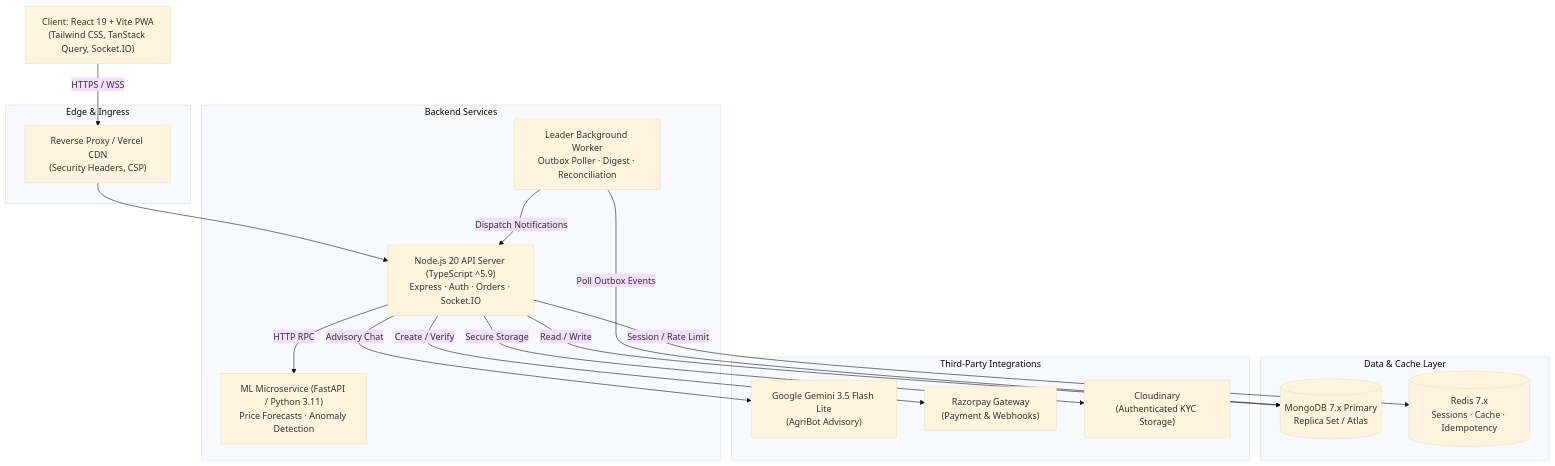
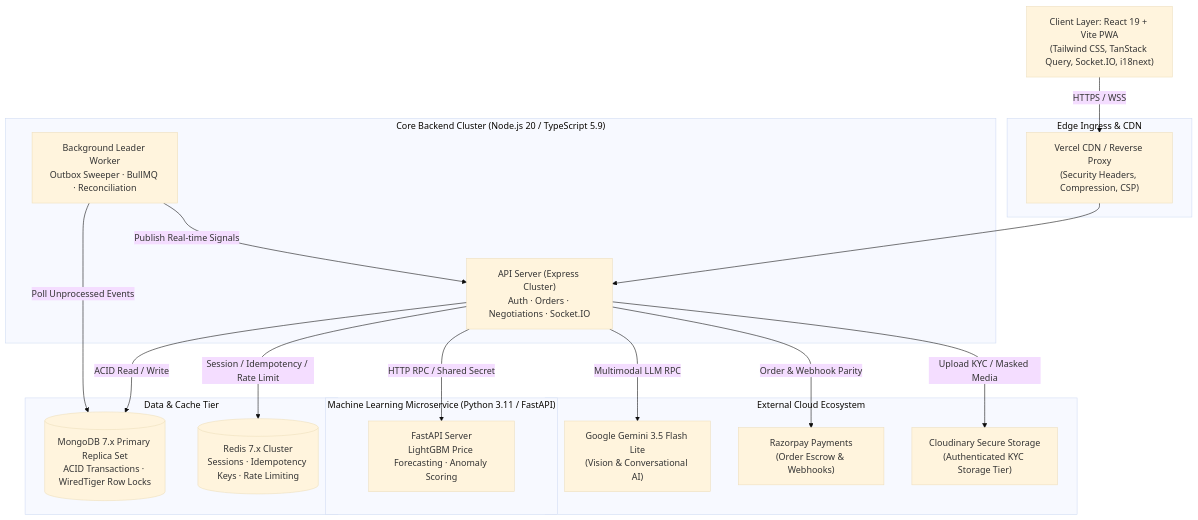
The first of 2 diagrams in README.md (Susil-commits/FarmDirect), drawn with Mermaid (base theme) before and after one commit. The commit also changed other lines of this file, not shown here.

````diff
--- a/README.md
+++ b/README.md
@@ -37,36 +127,39 @@
 ```mermaid
 flowchart TD
-    Client["Client: React 19 + Vite PWA\n(Tailwind CSS, TanStack Query, Socket.IO)"]
+    Client["Client Layer: React 19 + Vite PWA\n(Tailwind CSS, TanStack Query, Socket.IO, i18next)"]
     
-    subgraph Edge ["Edge & Ingress"]
-        Nginx["Reverse Proxy / Vercel CDN\n(Security Headers, CSP)"]
+    subgraph Edge ["Edge Ingress & CDN"]
+        Nginx["Vercel CDN / Reverse Proxy\n(Security Headers, Compression, CSP)"]
     end
 
-    subgraph AppCluster ["Backend Services"]
-        API["Node.js 20 API Server (TypeScript ^5.9)\nExpress · Auth · Orders · Socket.IO"]
-        LeaderWorker["Leader Background Worker\nOutbox Poller · Digest · Reconciliation"]
-        MLService["ML Microservice (FastAPI / Python 3.11)\nPrice Forecasts · Anomaly Detection"]
+    subgraph BackendCluster ["Core Backend Cluster (Node.js 20 / TypeScript 5.9)"]
+        API["API Server (Express Cluster)\nAuth · Orders · Negotiations · Socket.IO"]
+        OutboxSweeper["Background Leader Worker\nOutbox Sweeper · BullMQ · Reconciliation"]
     end
 
-    subgraph DataStore ["Data & Cache Layer"]
-        Mongo[("MongoDB 7.x Primary\nReplica Set / Atlas")]
-        RedisCache[("Redis 7.x\nSessions · Cache · Idempotency")]
+    subgraph MLCluster ["Machine Learning Microservice (Python 3.11 / FastAPI)"]
+        MLService["FastAPI Server\nLightGBM Price Forecasting · Anomaly Scoring"]
     end
 
-    subgraph External ["Third-Party Integrations"]
-        Gemini["Google Gemini 3.5 Flash Lite\n(AgriBot Advisory)"]
-        Razorpay["Razorpay Gateway\n(Payment & Webhooks)"]
-        Cloudinary["Cloudinary\n(Authenticated KYC Storage)"]
+    subgraph DataStorage ["Data & Cache Tier"]
+        MongoDB[("MongoDB 7.x Primary Replica Set\nACID Transactions · WiredTiger Row Locks")]
+        RedisStore[("Redis 7.x Cluster\nSessions · Idempotency Keys · Rate Limiting")]
+    end
+
+    subgraph ThirdParty ["External Cloud Ecosystem"]
+        GeminiAI["Google Gemini 3.5 Flash Lite\n(Vision & Conversational AI)"]
+        RazorpayGateway["Razorpay Payments\n(Order Escrow & Webhooks)"]
+        CloudinaryVault["Cloudinary Secure Storage\n(Authenticated KYC Storage Tier)"]
     end
 
     Client -->|HTTPS / WSS| Nginx
     Nginx --> API
-    API -->|Read / Write| Mongo
-    API -->|Session / Rate Limit| RedisCache
-    API -->|HTTP RPC| MLService
-    API -->|Advisory Chat| Gemini
-    API -->|Create / Verify| Razorpay
-    API -->|Secure Storage| Cloudinary
-    LeaderWorker -->|Poll Outbox Events| Mongo
-    LeaderWorker -->|Dispatch Notifications| API
+    API -->|ACID Read / Write| MongoDB
+    API -->|Session / Idempotency / Rate Limit| RedisStore
+    API -->|HTTP RPC / Shared Secret| MLService
+    API -->|Multimodal LLM RPC| GeminiAI
+    API -->|Order & Webhook Parity| RazorpayGateway
+    API -->|Upload KYC / Masked Media| CloudinaryVault
+    OutboxSweeper -->|Poll Unprocessed Events| MongoDB
+    OutboxSweeper -->|Publish Real-time Signals| API
 ```
````
